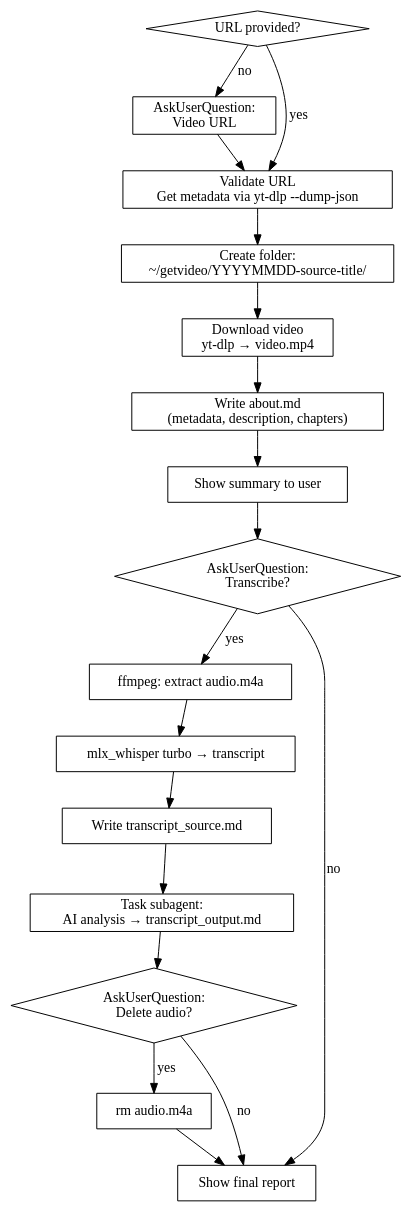
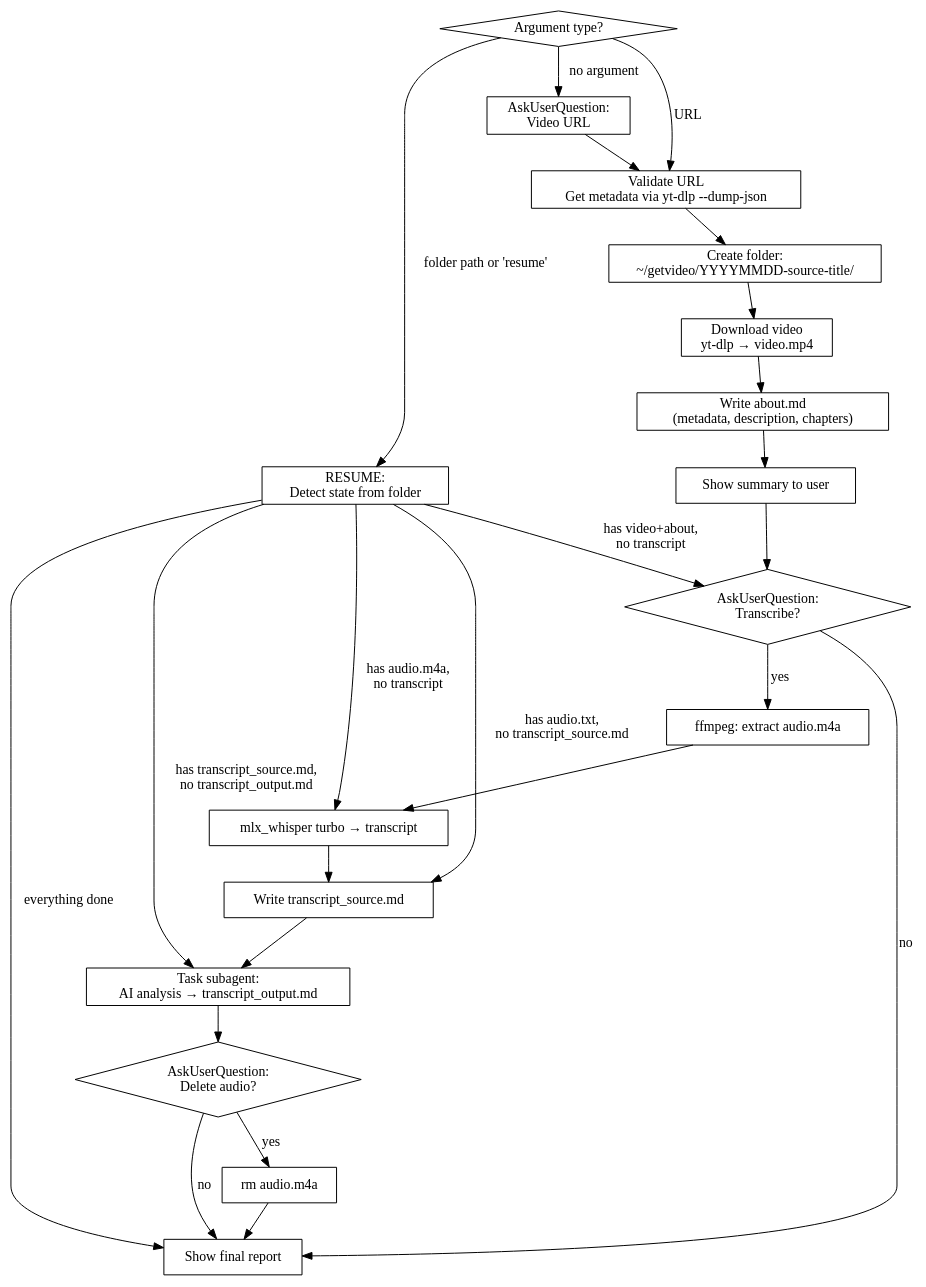
Before and after one commit to dkh-ai/claude-skill-getvideo: the diagram in skills/getvideo/SKILL.md, drawn with Graphviz. The commit also changed other lines of this file and 2 other files, not shown here.

First line of the commit message:
Add resume mode and update documentation

````diff
--- a/skills/getvideo/SKILL.md
+++ b/skills/getvideo/SKILL.md
@@ -24,33 +27,40 @@
 ```dot
 digraph getvideo {
   rankdir=TB;
   node [shape=box];
 
-  start [label="URL provided?" shape=diamond];
+  input [label="Argument type?" shape=diamond];
+  resume [label="RESUME:\nDetect state from folder"];
   ask [label="AskUserQuestion:\nVideo URL"];
   validate [label="Validate URL\nGet metadata via yt-dlp --dump-json"];
   mkdir [label="Create folder:\n~/getvideo/YYYYMMDD-source-title/"];
   download [label="Download video\nyt-dlp → video.mp4"];
   about [label="Write about.md\n(metadata, description, chapters)"];
   summary [label="Show summary to user"];
   ask_transcribe [label="AskUserQuestion:\nTranscribe?" shape=diamond];
   extract [label="ffmpeg: extract audio.m4a"];
   whisper [label="mlx_whisper turbo → transcript"];
   save_transcript [label="Write transcript_source.md"];
   analyze [label="Task subagent:\nAI analysis → transcript_output.md"];
   ask_delete [label="AskUserQuestion:\nDelete audio?" shape=diamond];
   delete_audio [label="rm audio.m4a"];
   final [label="Show final report"];
 
-  start -> ask [label="no"];
-  start -> validate [label="yes"];
+  input -> resume [label="folder path or 'resume'"];
+  input -> ask [label="no argument"];
+  input -> validate [label="URL"];
   ask -> validate;
+  resume -> ask_transcribe [label="has video+about,\nno transcript"];
+  resume -> whisper [label="has audio.m4a,\nno transcript"];
+  resume -> save_transcript [label="has audio.txt,\nno transcript_source.md"];
+  resume -> analyze [label="has transcript_source.md,\nno transcript_output.md"];
+  resume -> final [label="everything done"];
   validate -> mkdir -> download -> about -> summary -> ask_transcribe;
   ask_transcribe -> extract [label="yes"];
   ask_transcribe -> final [label="no"];
   extract -> whisper -> save_transcript -> analyze -> ask_delete;
   ask_delete -> delete_audio [label="yes"];
   ask_delete -> final [label="no"];
   delete_audio -> final;
 }
 ```
````
